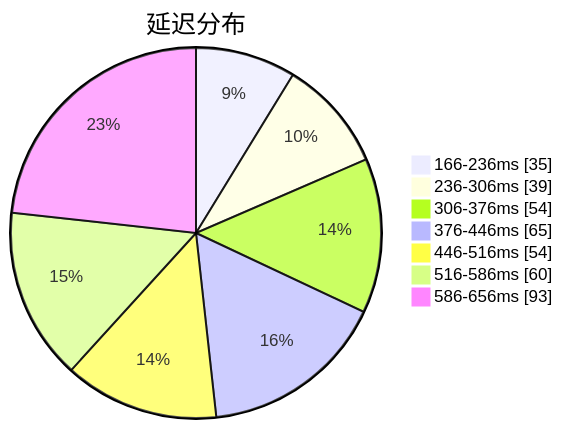
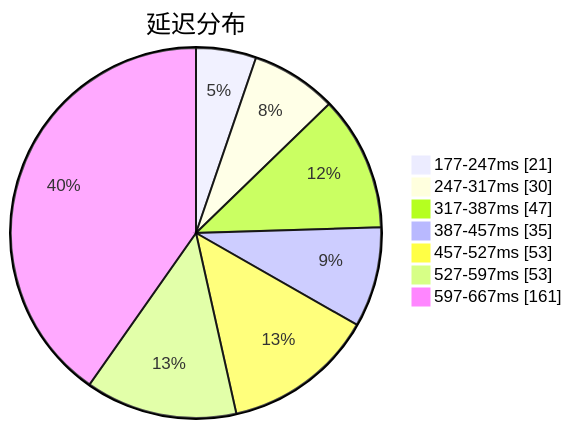
The first of 3 diagrams in subs/statistics/tested_within.md (qjlxg/airport), drawn with Mermaid before and after one commit. The commit also changed other lines of this file and 2 other files, not shown here.

````diff
--- a/subs/statistics/tested_within.md
+++ b/subs/statistics/tested_within.md
@@ -2,11 +2,11 @@
 ```mermaid
 pie showData
 title 延迟分布
-"166-236ms" : 35
-"236-306ms" : 39
-"306-376ms" : 54
-"376-446ms" : 65
-"446-516ms" : 54
-"516-586ms" : 60
-"586-656ms" : 93
+"177-247ms" : 21
+"247-317ms" : 30
+"317-387ms" : 47
+"387-457ms" : 35
+"457-527ms" : 53
+"527-597ms" : 53
+"597-667ms" : 161
 ```
````
